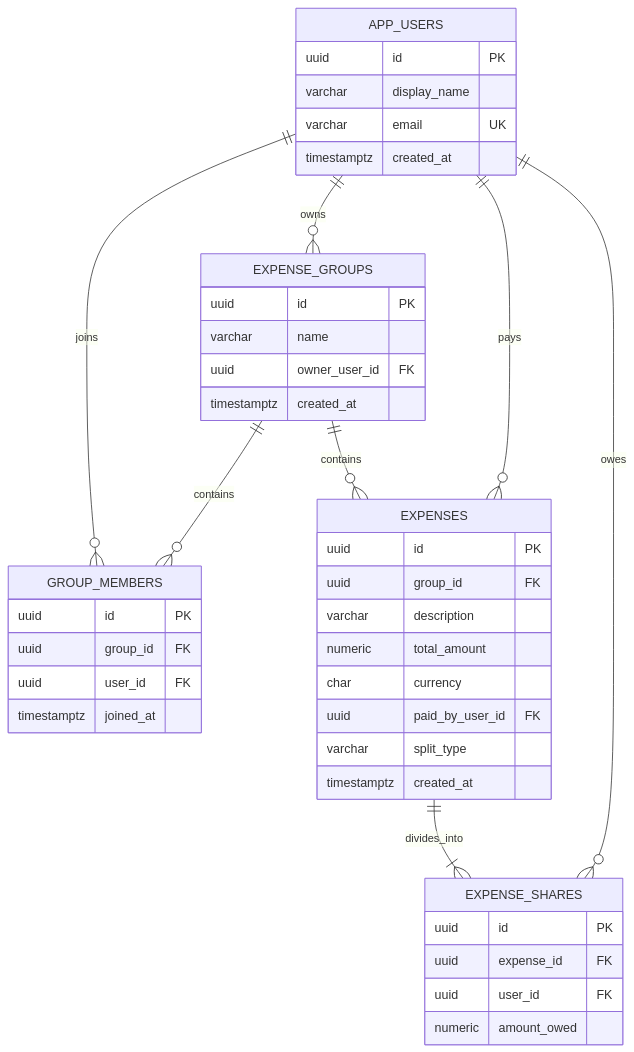
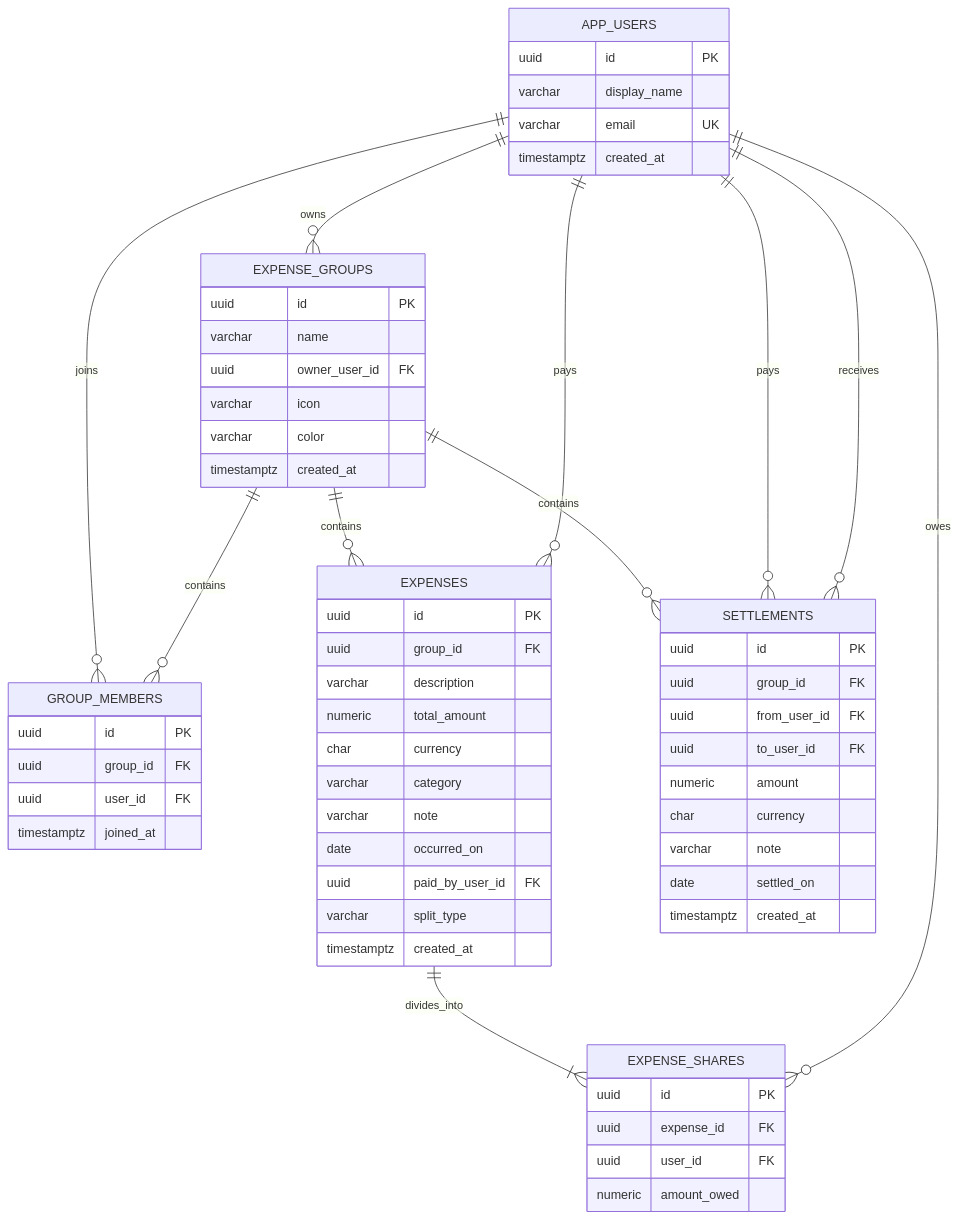
One commit to Amirhosseinijadi/cost-split-backend changed the diagram in backend/README.md. Above: the diagram before and after it, drawn with Mermaid. The commit also changed other lines of this file and 23 other files, not shown here.

````diff
--- a/backend/README.md
+++ b/backend/README.md
@@ -33,45 +35,64 @@
 ```mermaid
 erDiagram
     APP_USERS ||--o{ GROUP_MEMBERS : joins
     APP_USERS ||--o{ EXPENSE_GROUPS : owns
     EXPENSE_GROUPS ||--o{ GROUP_MEMBERS : contains
     EXPENSE_GROUPS ||--o{ EXPENSES : contains
+    EXPENSE_GROUPS ||--o{ SETTLEMENTS : contains
     APP_USERS ||--o{ EXPENSES : pays
     EXPENSES ||--|{ EXPENSE_SHARES : divides_into
     APP_USERS ||--o{ EXPENSE_SHARES : owes
+    APP_USERS ||--o{ SETTLEMENTS : pays
+    APP_USERS ||--o{ SETTLEMENTS : receives
 
     APP_USERS {
         uuid id PK
         varchar display_name
         varchar email UK
         timestamptz created_at
     }
     EXPENSE_GROUPS {
         uuid id PK
         varchar name
         uuid owner_user_id FK
+        varchar icon
+        varchar color
         timestamptz created_at
     }
     GROUP_MEMBERS {
         uuid id PK
         uuid group_id FK
         uuid user_id FK
         timestamptz joined_at
     }
     EXPENSES {
         uuid id PK
         uuid group_id FK
         varchar description
         numeric total_amount
         char currency
+        varchar category
+        varchar note
+        date occurred_on
         uuid paid_by_user_id FK
         varchar split_type
         timestamptz created_at
     }
     EXPENSE_SHARES {
         uuid id PK
         uuid expense_id FK
         uuid user_id FK
         numeric amount_owed
     }
+    SETTLEMENTS {
+        uuid id PK
+        uuid group_id FK
+        uuid from_user_id FK
+        uuid to_user_id FK
+        numeric amount
+        char currency
+        varchar note
+        date settled_on
+        timestamptz created_at
+    }
 ```
````
